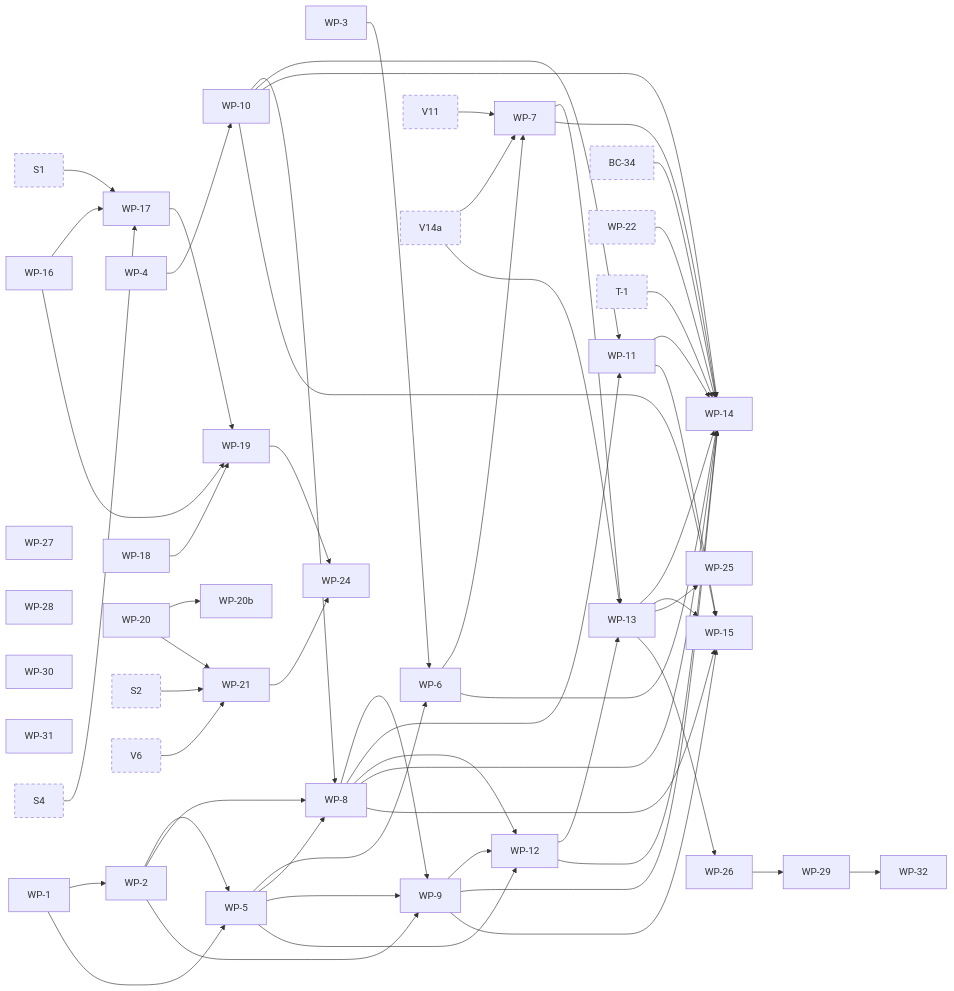
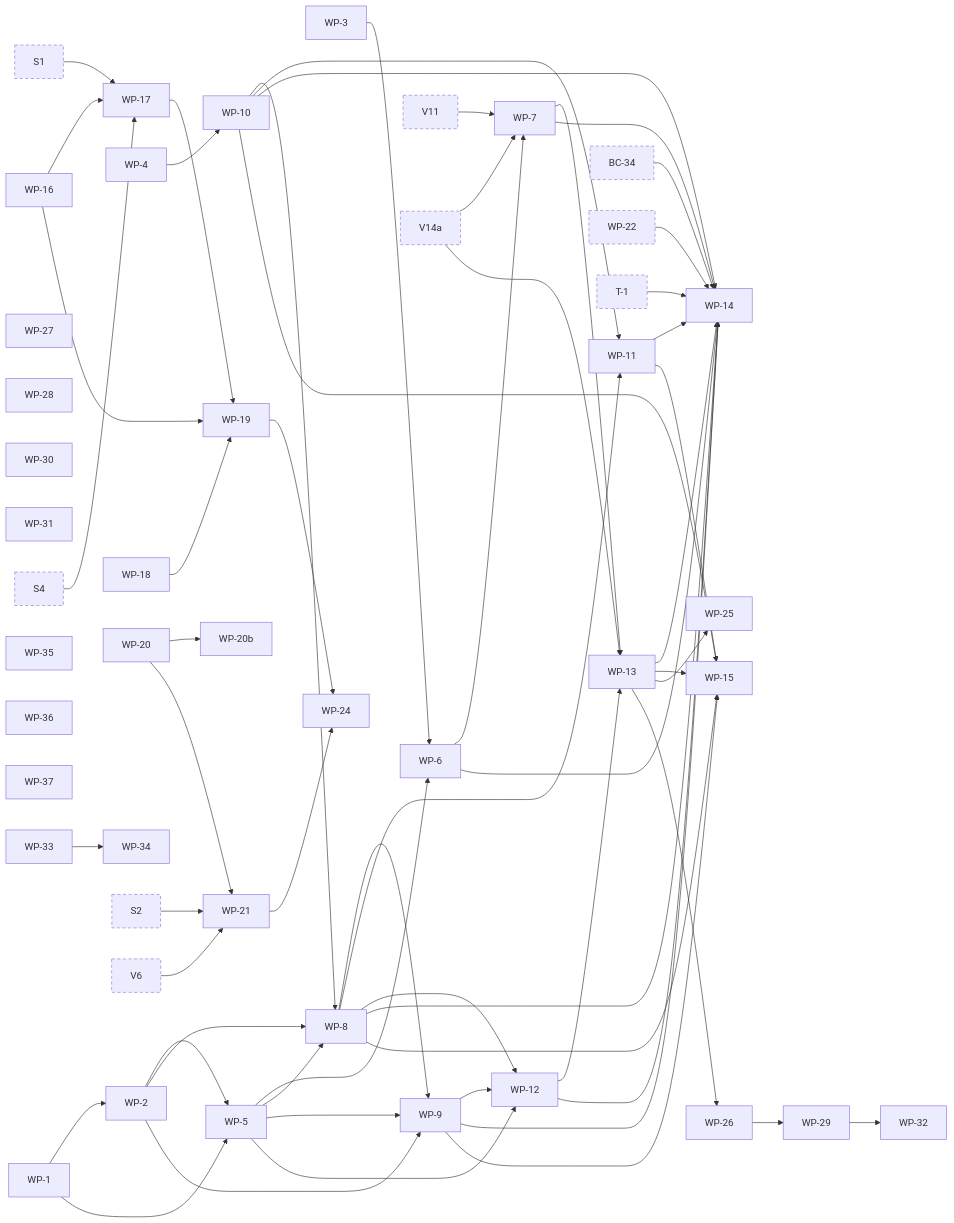
Before and after one commit to jhoblitt/rgw-go: the eighth of 11 diagrams in docs/superpowers/plans/2026-10-13-phase-2/dependencies.md, drawn with Mermaid. The commit also changed other lines of this file and 5 other files, not shown here.

```diff
--- a/docs/superpowers/plans/2026-10-13-phase-2/dependencies.md
+++ b/docs/superpowers/plans/2026-10-13-phase-2/dependencies.md
@@ -926,6 +1014,11 @@
   t_WP_30["WP-30"]
   t_WP_31["WP-31"]
   t_WP_32["WP-32"]
+  t_WP_33["WP-33"]
+  t_WP_34["WP-34"]
+  t_WP_35["WP-35"]
+  t_WP_36["WP-36"]
+  t_WP_37["WP-37"]
   t_S1["S1"]:::ext
   t_S2["S2"]:::ext
   t_S4["S4"]:::ext
@@ -990,6 +1083,7 @@
   t_WP_13 --> t_WP_26
   t_WP_26 --> t_WP_29
   t_WP_29 --> t_WP_32
+  t_WP_33 --> t_WP_34
   click t_WP_1 href "https://github.com/jhoblitt/rgw-go/blob/main/docs/superpowers/plans/2026-10-13-phase-2/WP-write-path.md#task-wp-1-checksum-types-and-record" "WP-1: checksum types and record"
   click t_WP_2 href "https://github.com/jhoblitt/rgw-go/blob/main/docs/superpowers/plans/2026-10-13-phase-2/WP-write-path.md#task-wp-2-digests-and-combiners" "WP-2: digests and combiners"
   click t_WP_3 href "https://github.com/jhoblitt/rgw-go/blob/main/docs/superpowers/plans/2026-10-13-phase-2/WP-write-path.md#task-wp-3-trailer-values" "WP-3: trailer values"
@@ -1021,6 +1115,11 @@
   click t_WP_30 href "https://github.com/jhoblitt/rgw-go/blob/main/docs/superpowers/plans/2026-10-13-phase-2/WP-write-path.md#task-wp-30-a-copy-within-one-placement-shares-the-sources-tails-comparing-the-canonical-class" "WP-30: a copy within one placement shares the source's tails, comparing the canonical class"
   click t_WP_31 href "https://github.com/jhoblitt/rgw-go/blob/main/docs/superpowers/plans/2026-10-13-phase-2/WP-write-path.md#task-wp-31-copyobject-honours-x-amz-tagging-directive" "WP-31: CopyObject honours x-amz-tagging-directive"
   click t_WP_32 href "https://github.com/jhoblitt/rgw-go/blob/main/docs/superpowers/plans/2026-10-13-phase-2/WP-write-path.md#task-wp-32-a-completemultipartupload-that-asks-for-encryption-answers-as-the-writes-do" "WP-32: a CompleteMultipartUpload that asks for encryption answers as the writes do"
+  click t_WP_33 href "https://github.com/jhoblitt/rgw-go/blob/main/docs/superpowers/plans/2026-10-13-phase-2/WP-write-path.md#task-wp-33-a-part-is-numbered-from-1-and-every-stored-part-is-retired" "WP-33: a part is numbered from 1, and every stored part is retired"
+  click t_WP_34 href "https://github.com/jhoblitt/rgw-go/blob/main/docs/superpowers/plans/2026-10-13-phase-2/WP-write-path.md#task-wp-34-complete-and-abort-read-an-uploads-parts-once" "WP-34: Complete and Abort read an upload's parts once"
+  click t_WP_35 href "https://github.com/jhoblitt/rgw-go/blob/main/docs/superpowers/plans/2026-10-13-phase-2/WP-write-path.md#task-wp-35-a-completions-part-checksums-are-compared-with-the-parts-stored" "WP-35: a completion's part checksums are compared with the parts stored"
+  click t_WP_36 href "https://github.com/jhoblitt/rgw-go/blob/main/docs/superpowers/plans/2026-10-13-phase-2/WP-write-path.md#task-wp-36-every-checksum-trailer-x-amz-trailer-lists-is-compared" "WP-36: every checksum trailer x-amz-trailer lists is compared"
+  click t_WP_37 href "https://github.com/jhoblitt/rgw-go/blob/main/docs/superpowers/plans/2026-10-13-phase-2/WP-write-path.md#task-wp-37-listparts-over-an-acl-whose-grants-do-not-decode-the-comment-and-a-spec" "WP-37: ListParts over an ACL whose grants do not decode: the comment and a spec"
   click t_S1 href "https://github.com/jhoblitt/rgw-go/blob/main/docs/superpowers/plans/2026-10-13-phase-2/00-index.md#task-s1-fakeradoss-rgw-class-as-method-tables" "S1: fakerados's rgw class as method tables"
   click t_S2 href "https://github.com/jhoblitt/rgw-go/blob/main/docs/superpowers/plans/2026-10-13-phase-2/00-index.md#task-s2-route-sets-per-feature-and-the-env-slots" "S2: route sets per feature and the Env slots"
   click t_S4 href "https://github.com/jhoblitt/rgw-go/blob/main/docs/superpowers/plans/2026-10-13-phase-2/00-index.md#task-s4-fakerados-refuses-an-unregistered-class-method-at-op-setup" "S4: fakerados refuses an unregistered class method at op setup"
```
